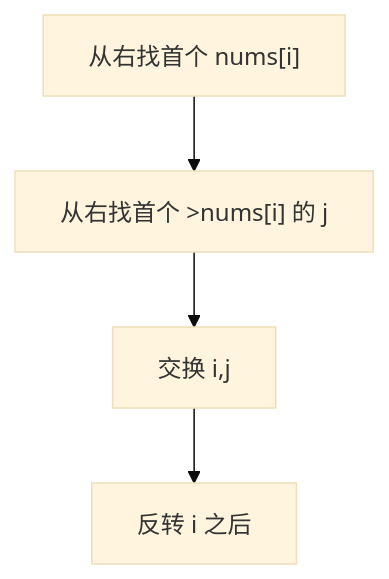
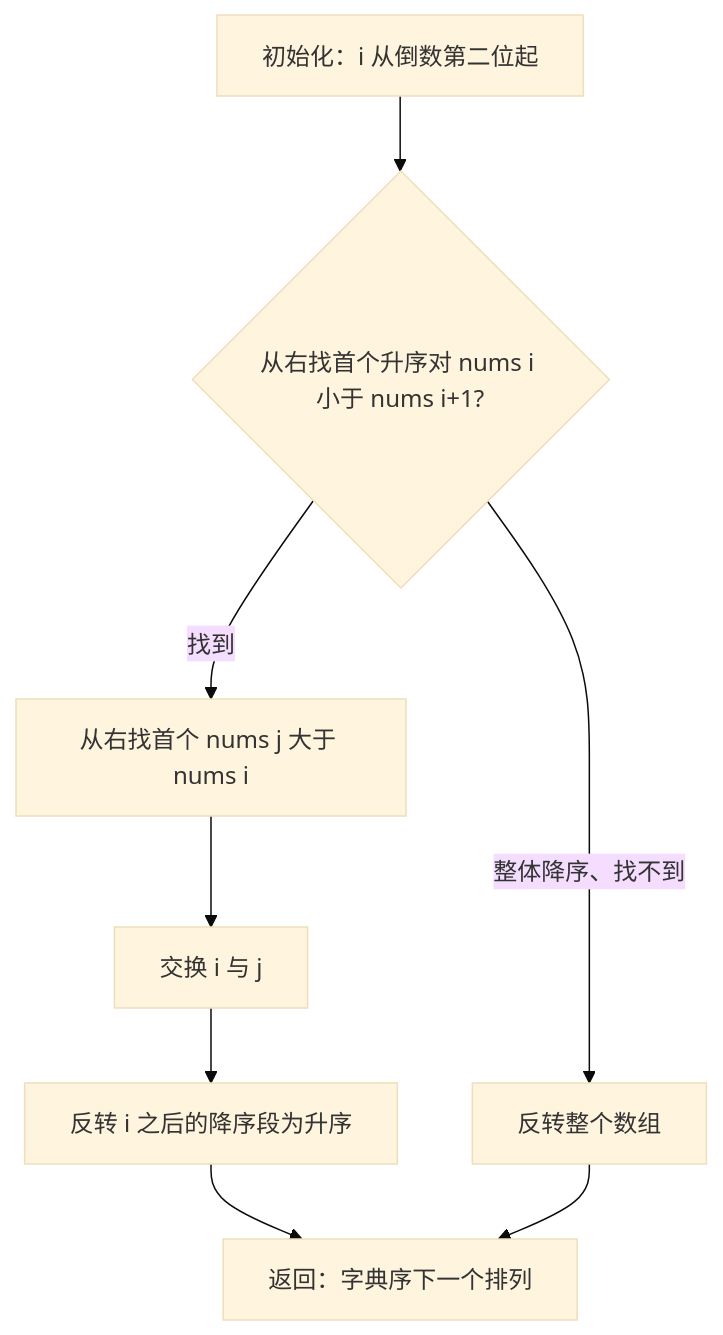
Before and after one commit to OctalZero/hot100-py: the first of 2 diagrams in 18-技巧/0031-下一个排列.md, drawn with Mermaid (base theme). The commit also changed other lines of this file and 117 other files, not shown here.

First line of the commit message:
feat: 全题解配图升级为「动画式 mermaid」（总览骨架 + 横向时间线逐步推演）

````diff
--- a/18-技巧/0031-下一个排列.md
+++ b/18-技巧/0031-下一个排列.md
@@ -29,6 +29,10 @@
 ```mermaid
 flowchart TD
-    A["从右找首个 nums[i]<nums[i+1]"] --> B["从右找首个 >nums[i] 的 j"]
-    B --> C["交换 i,j"]
-    C --> D["反转 i 之后"]
+    A["初始化：i 从倒数第二位起"] --> B{"从右找首个升序对 nums i 小于 nums i+1?"}
+    B -->|"找到"| C["从右找首个 nums j 大于 nums i"]
+    B -->|"整体降序、找不到"| F["反转整个数组"]
+    C --> D["交换 i 与 j"]
+    D --> E["反转 i 之后的降序段为升序"]
+    E --> G["返回：字典序下一个排列"]
+    F --> G
 ```
````
